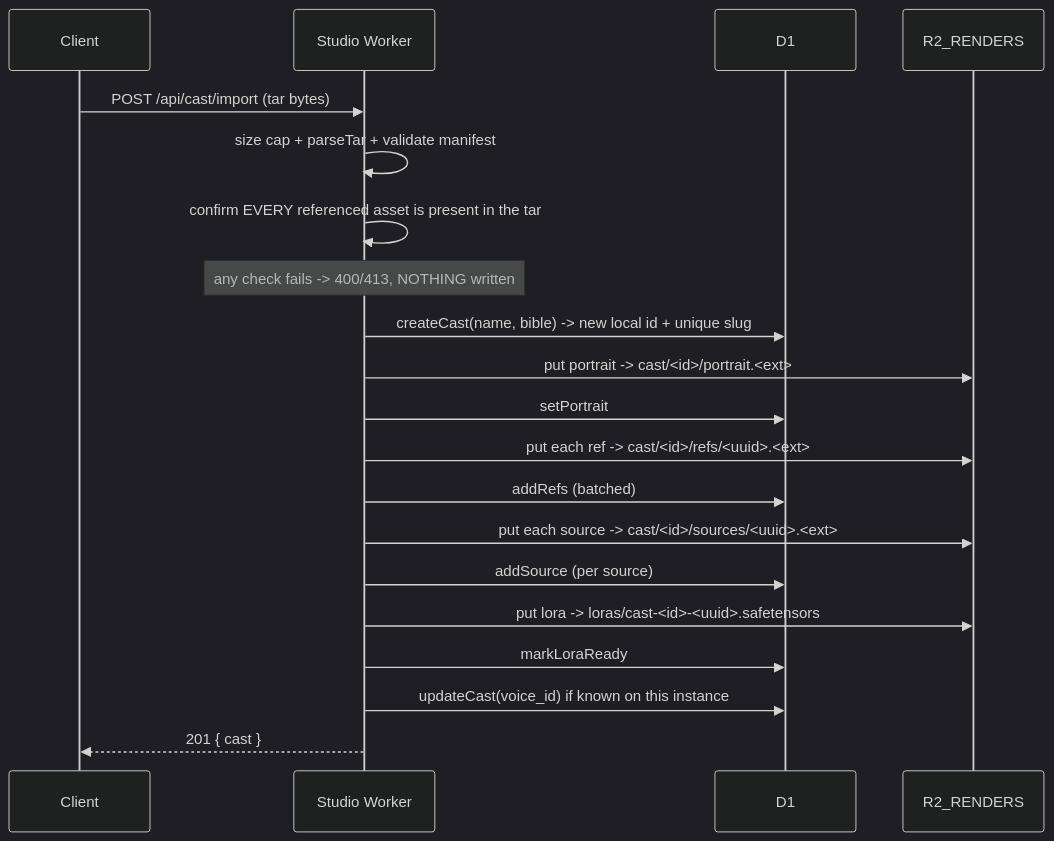
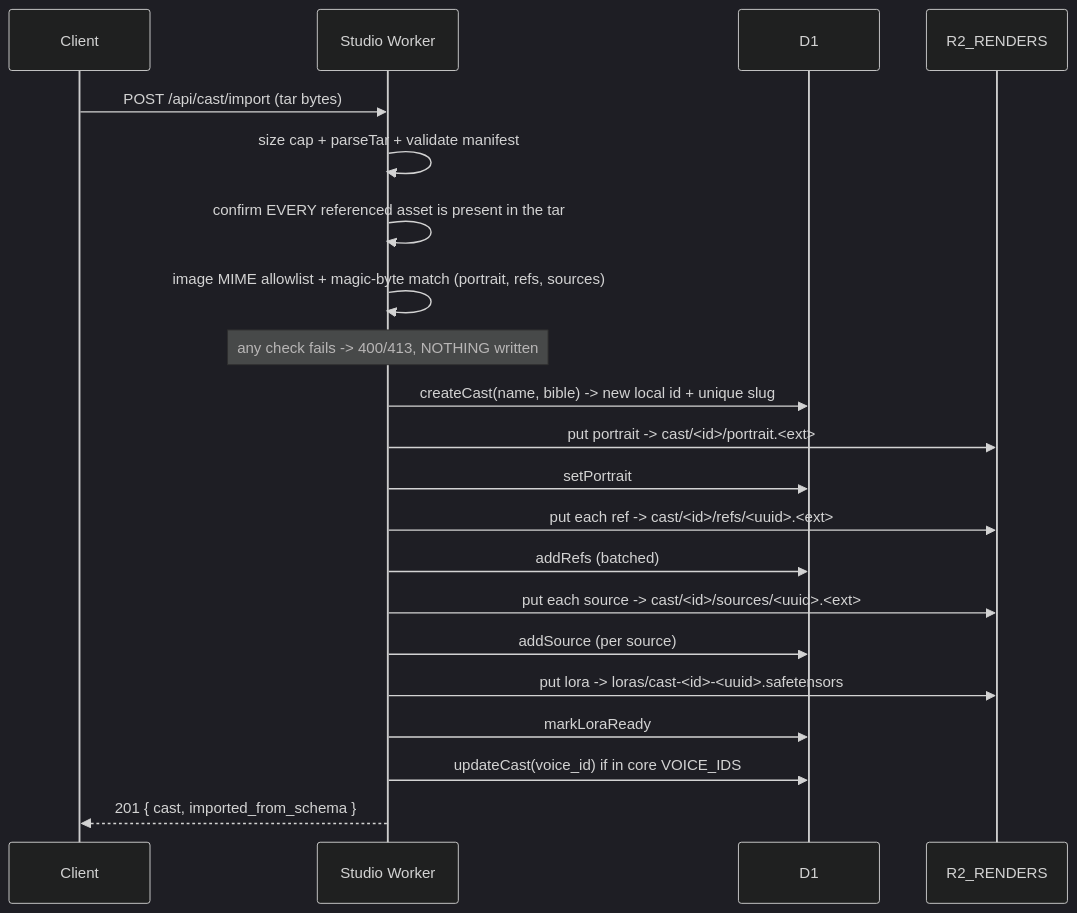
Before and after one commit to skyphusion-labs/vivijure-cf: the diagram in docs/CAST-BUNDLE.md, drawn with Mermaid (dark theme). The commit also changed other lines of this file, not shown here.

First line of the commit message:
docs(cast-bundle): correct export buffering, import MIME checks, ids and limits

````diff
--- a/docs/CAST-BUNDLE.md
+++ b/docs/CAST-BUNDLE.md
@@ -103,22 +127,23 @@
 ```mermaid
 sequenceDiagram
     participant C as Client
     participant W as Studio Worker
     participant D as D1
     participant R as R2_RENDERS
     C->>W: POST /api/cast/import (tar bytes)
     W->>W: size cap + parseTar + validate manifest
     W->>W: confirm EVERY referenced asset is present in the tar
+    W->>W: image MIME allowlist + magic-byte match (portrait, refs, sources)
     Note over W: any check fails -> 400/413, NOTHING written
     W->>D: createCast(name, bible) -> new local id + unique slug
     W->>R: put portrait -> cast/<id>/portrait.<ext>
     W->>D: setPortrait
     W->>R: put each ref -> cast/<id>/refs/<uuid>.<ext>
     W->>D: addRefs (batched)
     W->>R: put each source -> cast/<id>/sources/<uuid>.<ext>
     W->>D: addSource (per source)
     W->>R: put lora -> loras/cast-<id>-<uuid>.safetensors
     W->>D: markLoraReady
-    W->>D: updateCast(voice_id) if known on this instance
-    W-->>C: 201 { cast }
+    W->>D: updateCast(voice_id) if in core VOICE_IDS
+    W-->>C: 201 { cast, imported_from_schema }
 ```
````
